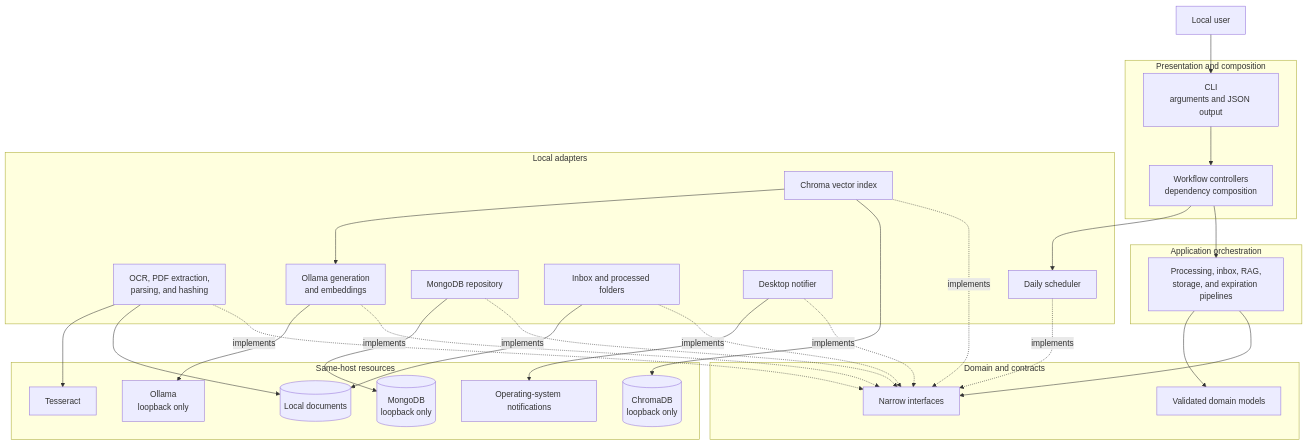
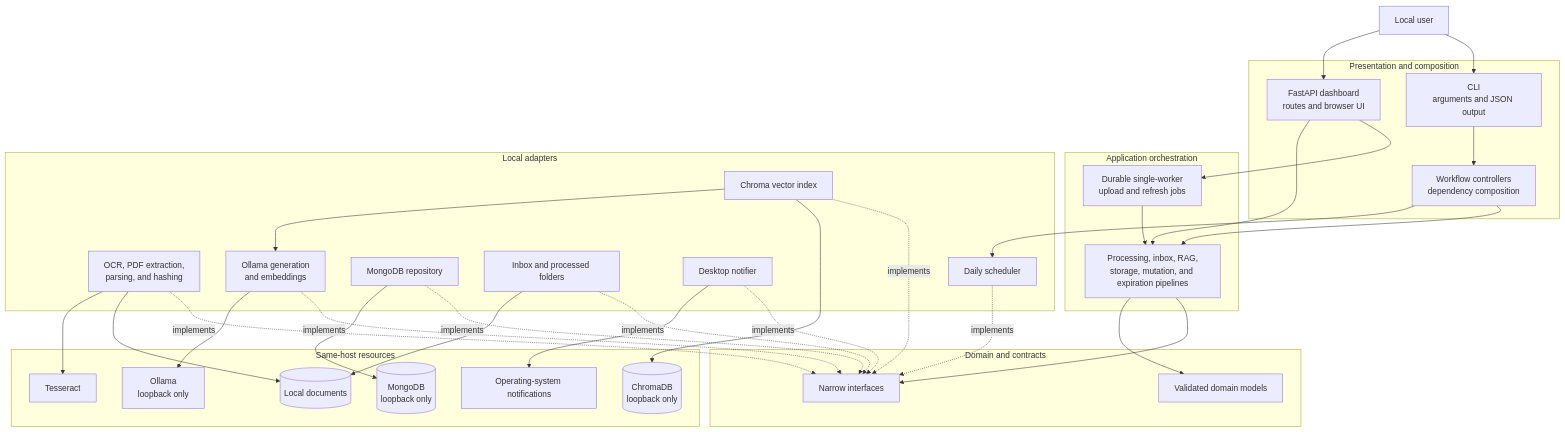
One commit to MattiaPeru/smart-doc-tracker changed the second of 6 diagrams in docs/architecture.md. Above: the diagram before and after it, drawn with Mermaid. The commit also changed other lines of this file and 20 other files, not shown here.

````diff
--- a/docs/architecture.md
+++ b/docs/architecture.md
@@ -56,61 +58,67 @@
 ```mermaid
 flowchart TB
     User[Local user]
 
     subgraph Presentation[Presentation and composition]
         CLI[CLI<br/>arguments and JSON output]
+        Web[FastAPI dashboard<br/>routes and browser UI]
         Controllers[Workflow controllers<br/>dependency composition]
     end
 
     subgraph Application[Application orchestration]
-        Pipelines[Processing, inbox, RAG,<br/>storage, and expiration pipelines]
+        Pipelines[Processing, inbox, RAG,<br/>storage, mutation, and expiration pipelines]
+        Jobs[Durable single-worker<br/>upload and refresh jobs]
     end
 
     subgraph Domain[Domain and contracts]
         Interfaces[Narrow interfaces]
         Models[Validated domain models]
     end
 
     subgraph Adapters[Local adapters]
         Core[OCR, PDF extraction,<br/>parsing, and hashing]
         OllamaAdapters[Ollama generation<br/>and embeddings]
         MongoAdapter[MongoDB repository]
         ChromaAdapter[Chroma vector index]
         Folders[Inbox and processed folders]
         Notifier[Desktop notifier]
         Scheduler[Daily scheduler]
     end
 
     subgraph Host[Same-host resources]
         LocalFiles[(Local documents)]
         Tesseract[Tesseract]
         Ollama[Ollama<br/>loopback only]
         Mongo[(MongoDB<br/>loopback only)]
         Chroma[(ChromaDB<br/>loopback only)]
         Desktop[Operating-system notifications]
     end
 
     User --> CLI
+    User --> Web
     CLI --> Controllers
+    Web --> Jobs
+    Web --> Pipelines
+    Jobs --> Pipelines
     Controllers --> Pipelines
     Controllers --> Scheduler
     Pipelines --> Interfaces
     Pipelines --> Models
 
     Core -. implements .-> Interfaces
     OllamaAdapters -. implements .-> Interfaces
     MongoAdapter -. implements .-> Interfaces
     ChromaAdapter -. implements .-> Interfaces
     Folders -. implements .-> Interfaces
     Notifier -. implements .-> Interfaces
     Scheduler -. implements .-> Interfaces
 
     Core --> LocalFiles
     Core --> Tesseract
     Folders --> LocalFiles
     OllamaAdapters --> Ollama
     MongoAdapter --> Mongo
     ChromaAdapter --> Chroma
     ChromaAdapter --> OllamaAdapters
     Notifier --> Desktop
 ```
````
